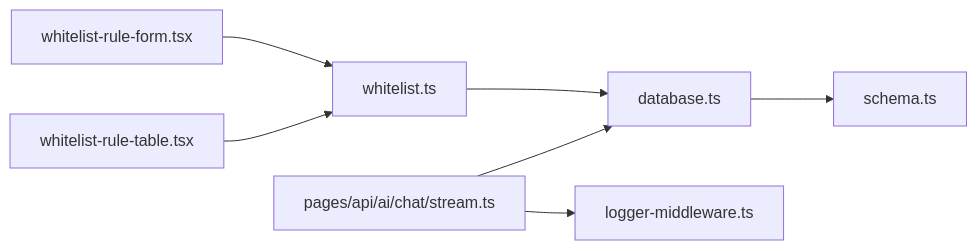
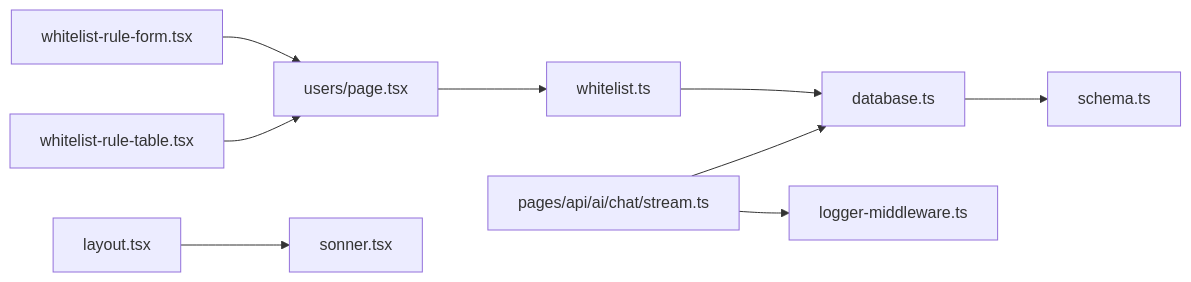
One commit to RadiumAg/AIGate changed the seventh of 7 diagrams in .qoder/repowiki/zh/content/核心功能/白名单控制.md. Above: the diagram before and after it, drawn with Mermaid. The commit also changed other lines of this file and 4 other files, not shown here.

````diff
--- a/.qoder/repowiki/zh/content/核心功能/白名单控制.md
+++ b/.qoder/repowiki/zh/content/核心功能/白名单控制.md
@@ -326,9 +389,11 @@
 ```mermaid
 graph LR
-Form["whitelist-rule-form.tsx"] --> Router["whitelist.ts"]
-Table["whitelist-rule-table.tsx"] --> Router
+Form["whitelist-rule-form.tsx"] --> Page["users/page.tsx"]
+Table["whitelist-rule-table.tsx"] --> Page
+Page --> Router["whitelist.ts"]
 Router --> DB["database.ts"]
 DB --> Schema["schema.ts"]
 API["pages/api/ai/chat/stream.ts"] --> DB
 API --> Logger["logger-middleware.ts"]
+Layout["layout.tsx"] --> Sonner["sonner.tsx"]
 ```
````
